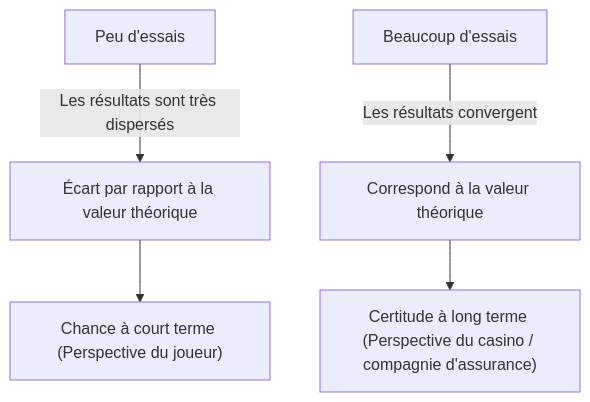
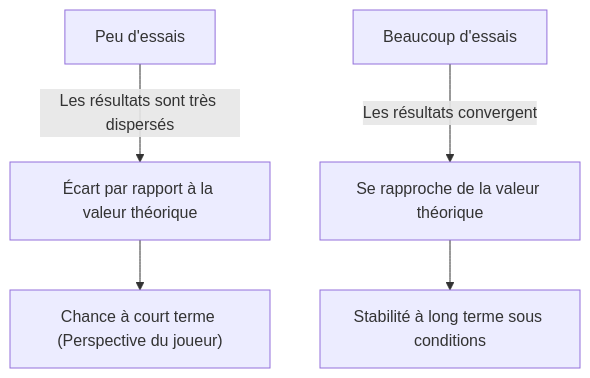
The first of 2 diagrams in content/post/law-of-large-numbers/index.fr.md (kenjinote/blog), drawn with Mermaid before and after one commit. The commit also changed other lines of this file and 12 other files, not shown here.

````diff
--- a/content/post/law-of-large-numbers/index.fr.md
+++ b/content/post/law-of-large-numbers/index.fr.md
@@ -30,7 +30,7 @@
 ```mermaid
 graph TD
     A["Peu d'essais"] -->|"Les résultats sont très dispersés"| B["Écart par rapport à la valeur théorique"]
-    C["Beaucoup d'essais"] -->|"Les résultats convergent"| D["Correspond à la valeur théorique"]
+    C["Beaucoup d'essais"] -->|"Les résultats convergent"| D["Se rapproche de la valeur théorique"]
     B --> E["Chance à court terme (Perspective du joueur)"]
-    D --> F["Certitude à long terme (Perspective du casino / compagnie d'assurance)"]
+    D --> F["Stabilité à long terme sous conditions"]
 ```
````
